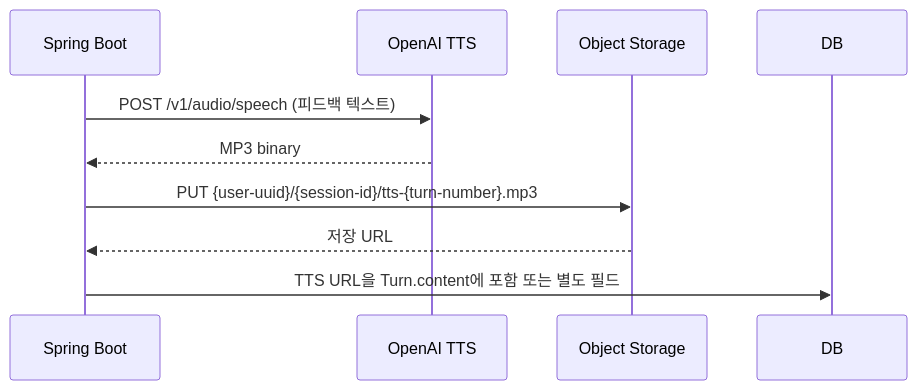
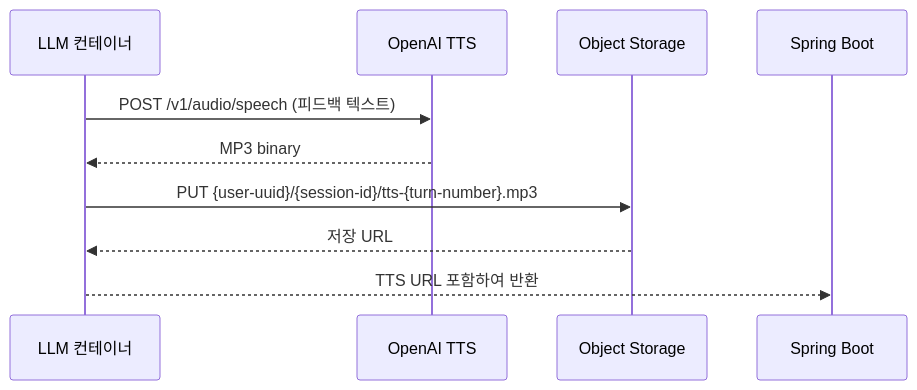
One commit to 2026SeSAC-Oracle-Team2/Documentations changed the third of 6 diagrams in 03_AI_Pipeline_Design.md. Above: the diagram before and after it, drawn with Mermaid. The commit also changed other lines of this file and 7 other files, not shown here.

````diff
--- a/03_AI_Pipeline_Design.md
+++ b/03_AI_Pipeline_Design.md
@@ -208,12 +364,12 @@
 ```mermaid
 sequenceDiagram
-    participant SB as Spring Boot
+    participant LLM as LLM 컨테이너
     participant OpenAI as OpenAI TTS
     participant O as Object Storage
 
-    SB->>OpenAI: POST /v1/audio/speech (피드백 텍스트)
-    OpenAI-->>SB: MP3 binary
-    SB->>O: PUT {user-uuid}/{session-id}/tts-{turn-number}.mp3
-    O-->>SB: 저장 URL
-    SB->>DB: TTS URL을 Turn.content에 포함 또는 별도 필드
+    LLM->>OpenAI: POST /v1/audio/speech (피드백 텍스트)
+    OpenAI-->>LLM: MP3 binary
+    LLM->>O: PUT {user-uuid}/{session-id}/tts-{turn-number}.mp3
+    O-->>LLM: 저장 URL
+    LLM-->>Spring Boot: TTS URL 포함하여 반환
 ```
````
